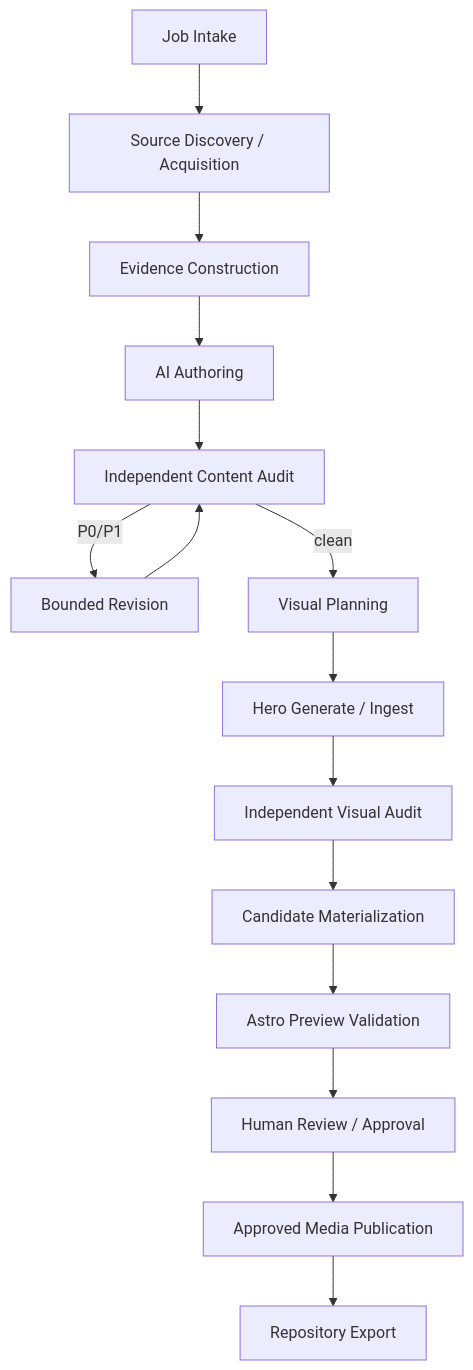
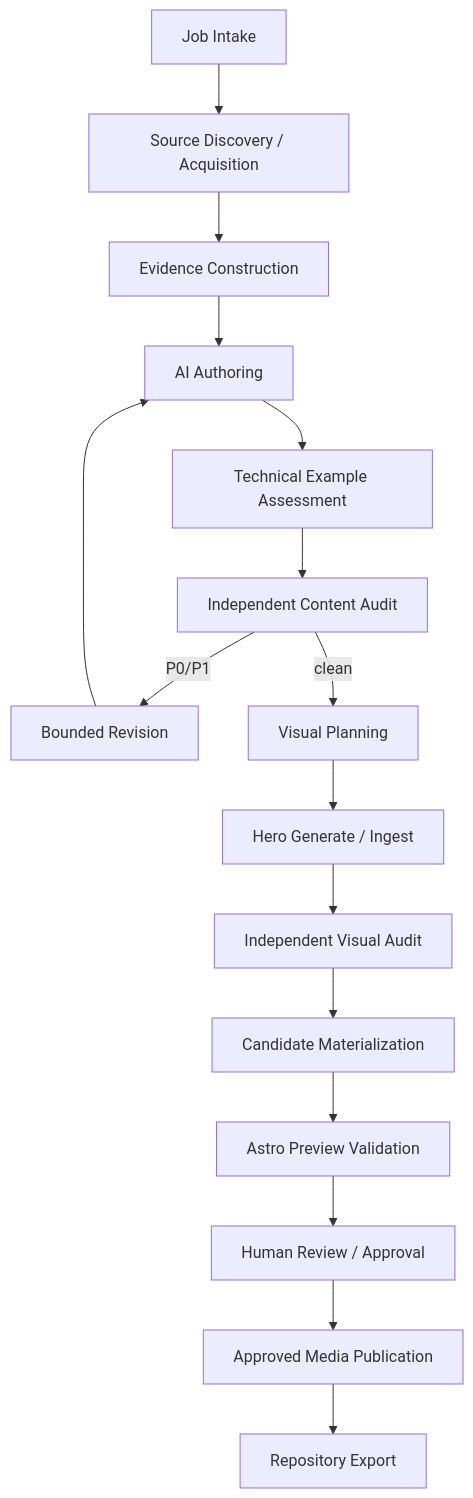
The diagram in docs/architecture/article-pipeline.md (Xpotato1024/xpotato-site), drawn with Mermaid before and after one commit. The commit also changed other lines of this file, not shown here.

Commit message:
Integrate example verification and evidence-bound citations into Article Job

````diff
--- a/docs/architecture/article-pipeline.md
+++ b/docs/architecture/article-pipeline.md
@@ -23,21 +23,22 @@
 ```mermaid
 flowchart TD
     A[Job Intake]
     B[Source Discovery / Acquisition]
     C[Evidence Construction]
     D[AI Authoring]
-    E[Independent Content Audit]
-    F[Bounded Revision]
-    G[Visual Planning]
-    H[Hero Generate / Ingest]
-    I[Independent Visual Audit]
-    J[Candidate Materialization]
-    K[Astro Preview Validation]
-    L[Human Review / Approval]
-    M[Approved Media Publication]
-    N[Repository Export]
+    E[Technical Example Assessment]
+    F[Independent Content Audit]
+    G[Bounded Revision]
+    H[Visual Planning]
+    I[Hero Generate / Ingest]
+    J[Independent Visual Audit]
+    K[Candidate Materialization]
+    L[Astro Preview Validation]
+    M[Human Review / Approval]
+    N[Approved Media Publication]
+    O[Repository Export]
 
-    A --> B --> C --> D --> E
-    E -->|P0/P1| F --> E
-    E -->|clean| G --> H --> I --> J --> K --> L --> M --> N
+    A --> B --> C --> D --> E --> F
+    F -->|P0/P1| G --> D
+    F -->|clean| H --> I --> J --> K --> L --> M --> N --> O
 ```
````
